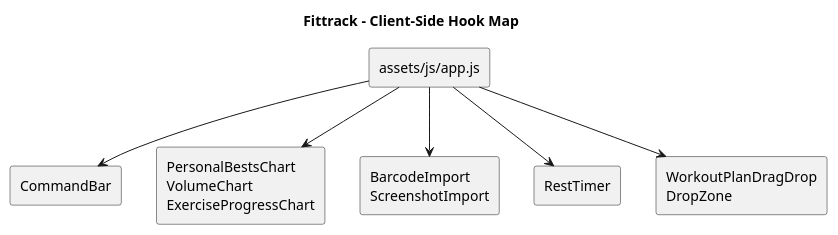
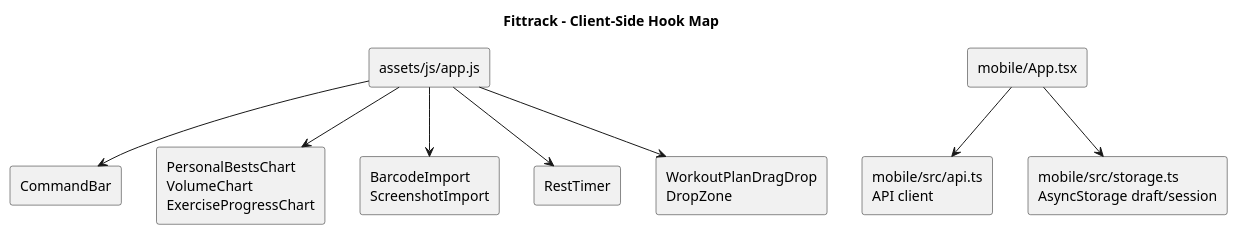
Diagram 11 of 11 in docs/diagrams/ARCHITECTURE.puml (Ryner88/fittrack), drawn with PlantUML before and after one commit. The commit also changed other lines of this file and 11 other files, not shown here.

Commit message:
Update mobile roadmap and architecture diagrams

```diff
--- a/docs/diagrams/ARCHITECTURE.puml
+++ b/docs/diagrams/ARCHITECTURE.puml
@@ -722,19 +876,24 @@
 @startuml Fittrack_Client_Hooks
 title Fittrack - Client-Side Hook Map
 
 skinparam componentStyle rectangle
 skinparam shadowing false
 
 component "assets/js/app.js" as AppJS
+component "mobile/App.tsx" as MobileApp
 component "CommandBar" as CommandBar
 component "PersonalBestsChart\nVolumeChart\nExerciseProgressChart" as Charts
 component "BarcodeImport\nScreenshotImport" as ImportHooks
 component "RestTimer" as RestTimer
 component "WorkoutPlanDragDrop\nDropZone" as DragDrop
+component "mobile/src/api.ts\nAPI client" as MobileAPI
+component "mobile/src/storage.ts\nAsyncStorage draft/session" as MobileStorage
 
 AppJS --> CommandBar
 AppJS --> Charts
 AppJS --> ImportHooks
 AppJS --> RestTimer
 AppJS --> DragDrop
+MobileApp --> MobileAPI
+MobileApp --> MobileStorage
 @enduml
```
